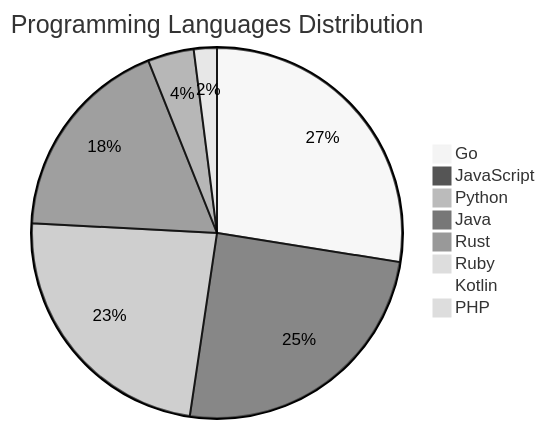
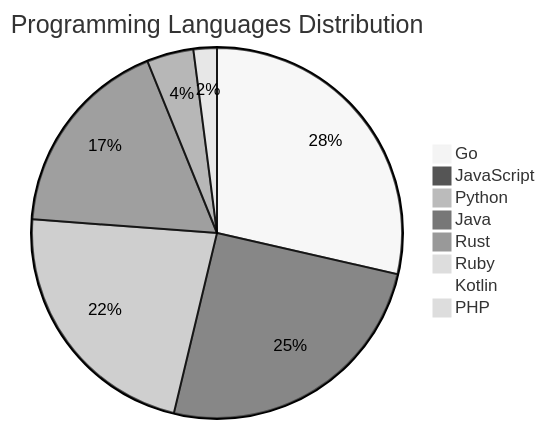
One commit to Derrick-MUGISHA/github-activity-bot changed the diagram in README.md. Above: the diagram before and after it, drawn with Mermaid (neutral theme). The commit also changed other lines of this file and 4 other files, not shown here.

````diff
--- a/README.md
+++ b/README.md
@@ -209,11 +209,11 @@
 ```mermaid
 pie title Programming Languages Distribution
-    "Go" : 41
+    "Go" : 42
     "JavaScript" : 37
-    "Python" : 35
-    "Java" : 27
+    "Python" : 33
+    "Java" : 26
     "Rust" : 6
     "Ruby" : 3
     "Kotlin" : 1
     "PHP" : 1
 ```
````
